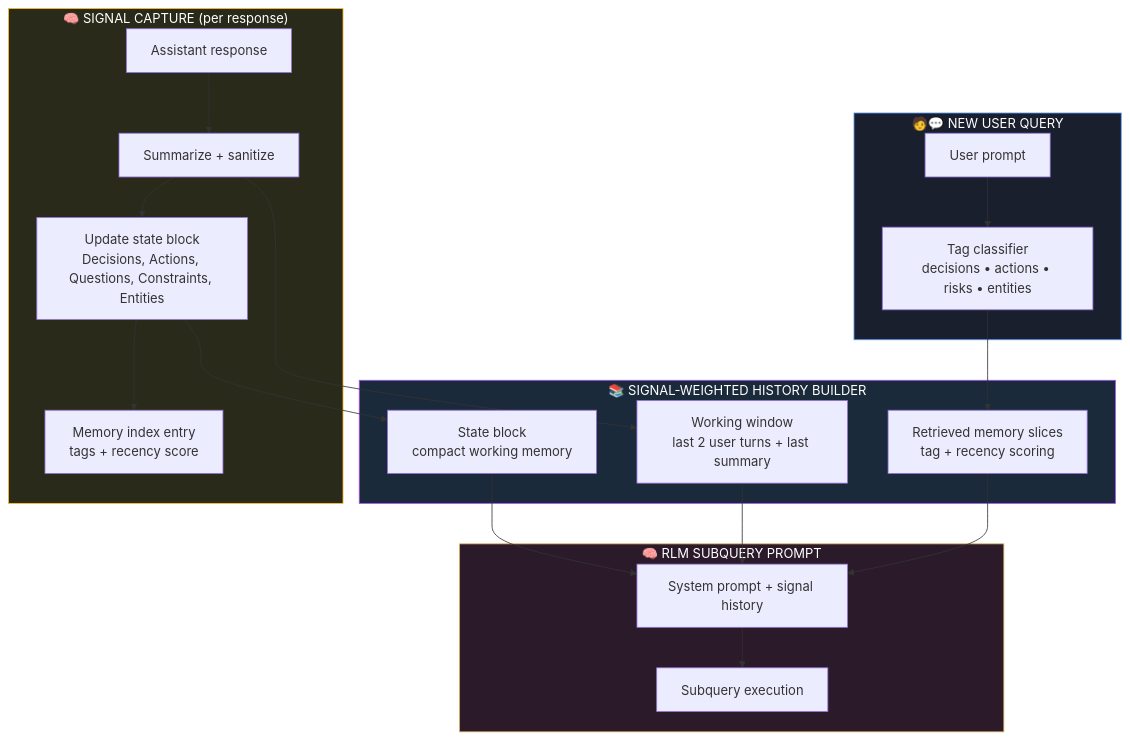
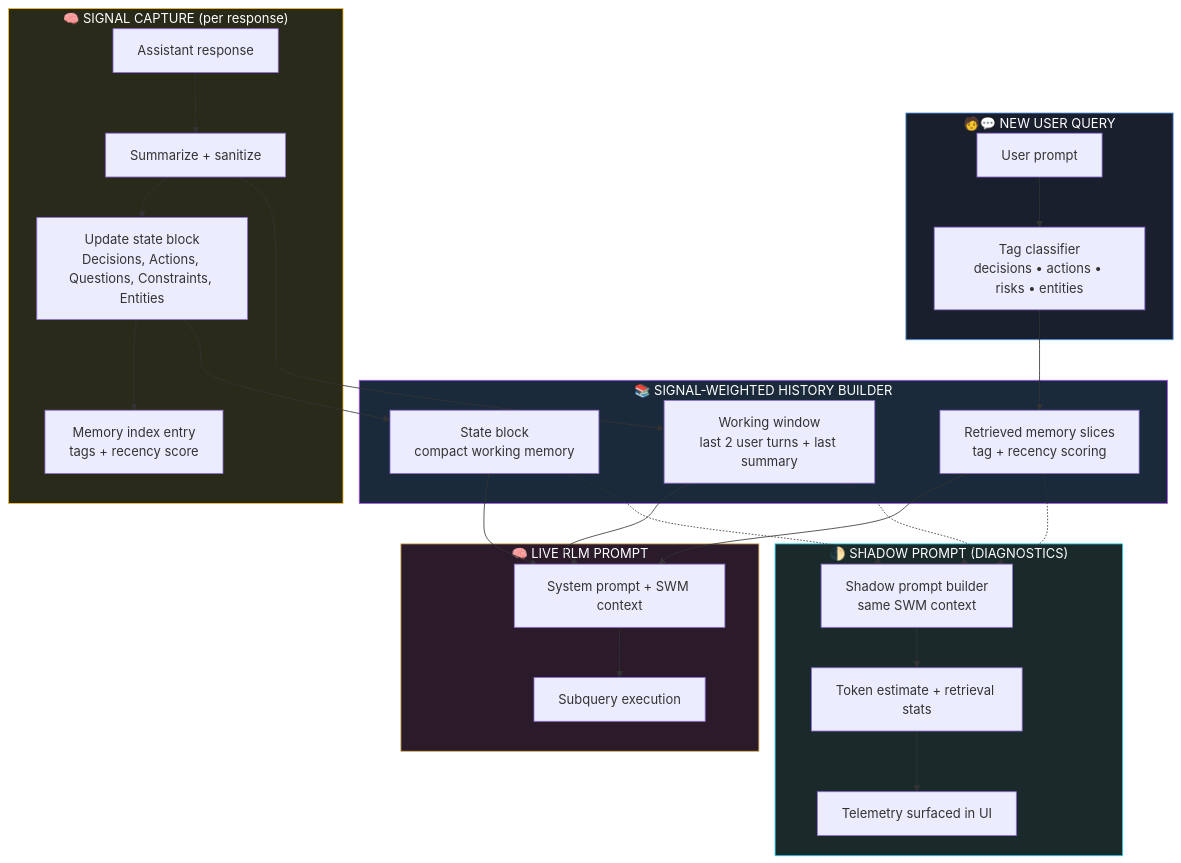
Before and after one commit to mjamiv/vox2txt: the seventh of 8 diagrams in README.md, drawn with Mermaid. The commit also changed other lines of this file, not shown here.

Commit message:
Update README with hybrid focus shadow diagrams

````diff
--- a/README.md
+++ b/README.md
@@ -409,40 +447,51 @@
 ```mermaid
 flowchart TB
     subgraph Input["🧑‍💬 NEW USER QUERY"]
         Q1[User prompt]
         Q2[Tag classifier<br/>decisions • actions • risks • entities]
     end
 
     subgraph Capture["🧠 SIGNAL CAPTURE (per response)"]
         C1[Assistant response]
         C2[Summarize + sanitize]
         C3[Update state block<br/>Decisions, Actions, Questions, Constraints, Entities]
         C4[Memory index entry<br/>tags + recency score]
     end
 
     subgraph History["📚 SIGNAL-WEIGHTED HISTORY BUILDER"]
         H1[State block<br/>compact working memory]
         H2[Working window<br/>last 2 user turns + last summary]
         H3[Retrieved memory slices<br/>tag + recency scoring]
     end
 
-    subgraph RLMCall["🧠 RLM SUBQUERY PROMPT"]
-        R1[System prompt + signal history]
+    subgraph LivePrompt["🧠 LIVE RLM PROMPT"]
+        R1[System prompt + SWM context]
         R2[Subquery execution]
+    end
+
+    subgraph ShadowPrompt["🌓 SHADOW PROMPT (DIAGNOSTICS)"]
+        S1[Shadow prompt builder<br/>same SWM context]
+        S2[Token estimate + retrieval stats]
+        S3[Telemetry surfaced in UI]
     end
 
     Q1 --> Q2
     C1 --> C2 --> C3 --> C4
     Q2 --> H3
     C3 --> H1
     C2 --> H2
     H1 --> R1
     H2 --> R1
     H3 --> R1
     R1 --> R2
+    H1 -.-> S1
+    H2 -.-> S1
+    H3 -.-> S1
+    S1 --> S2 --> S3
 
     style Input fill:#1a1f2e,stroke:#60a5fa,color:#fff
     style Capture fill:#2a2a1a,stroke:#fbbf24,color:#fff
     style History fill:#1a2a3a,stroke:#a855f7,color:#fff
-    style RLMCall fill:#2a1a2a,stroke:#d4a853,color:#fff
+    style LivePrompt fill:#2a1a2a,stroke:#d4a853,color:#fff
+    style ShadowPrompt fill:#1a2a2a,stroke:#22d3ee,color:#fff
 ```
````
